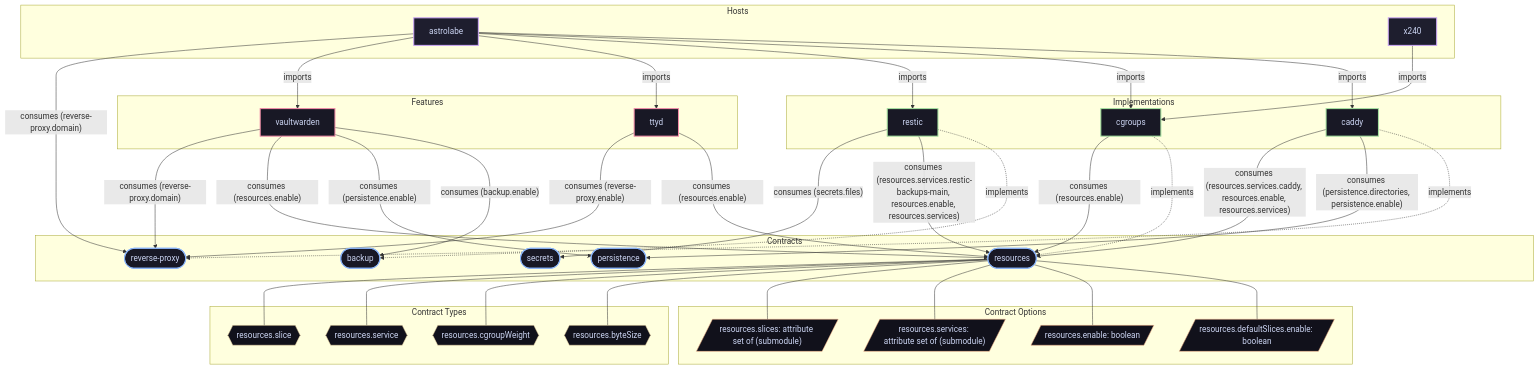
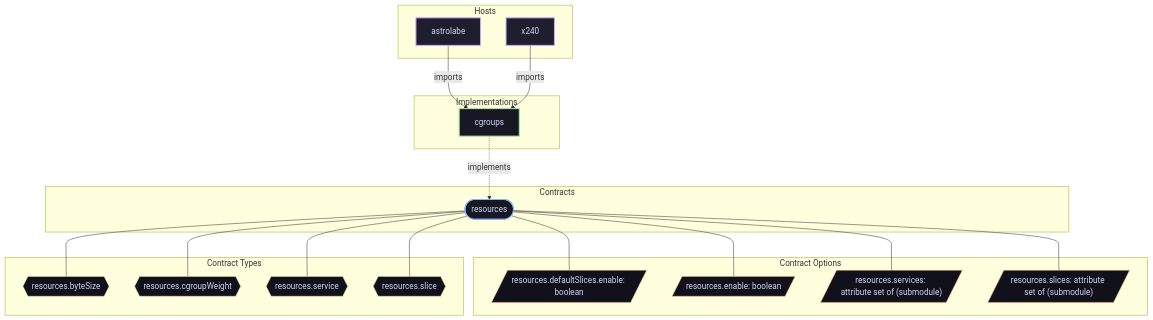
Before and after one commit to LW-54/nixconf: the diagram in docs/contracts/resources.md, drawn with Mermaid. The commit also changed other lines of this file and 87 other files, not shown here.

````diff
--- a/docs/contracts/resources.md
+++ b/docs/contracts/resources.md
@@ -15,83 +15,54 @@
 ```mermaid
 flowchart TD
     subgraph Hosts["Hosts"]
         host__astrolabe["astrolabe"]:::hostNode
         host__x240["x240"]:::hostNode
     end
 
     subgraph Contracts["Contracts"]
-        contract__backup(["backup"]):::contractNode
-        contract__persistence(["persistence"]):::contractNode
         contract__resources(["resources"]):::contractNode
-        contract__reverse_proxy(["reverse-proxy"]):::contractNode
-        contract__secrets(["secrets"]):::contractNode
     end
 
     subgraph Implementations["Implementations"]
-        impl__caddy["caddy"]:::implNode
         impl__cgroups["cgroups"]:::implNode
-        impl__restic["restic"]:::implNode
-    end
-
-    subgraph Features["Features"]
-        feature__ttyd["ttyd"]:::featureNode
-        feature__vaultwarden["vaultwarden"]:::featureNode
     end
 
     subgraph ContractOptions["Contract Options"]
         opt__resources_defaultSlices_enable[/"resources.defaultSlices.enable: boolean"/]:::optNode
         opt__resources_enable[/"resources.enable: boolean"/]:::optNode
         opt__resources_services[/"resources.services: attribute set of (submodule)"/]:::optNode
         opt__resources_slices[/"resources.slices: attribute set of (submodule)"/]:::optNode
     end
 
     subgraph ContractTypes["Contract Types"]
         type__resources_byteSize{{"resources.byteSize"}}:::typeNode
         type__resources_cgroupWeight{{"resources.cgroupWeight"}}:::typeNode
         type__resources_service{{"resources.service"}}:::typeNode
         type__resources_slice{{"resources.slice"}}:::typeNode
     end
 
 
-    host__astrolabe -->|"imports"| impl__caddy
     host__astrolabe -->|"imports"| impl__cgroups
-    host__astrolabe -->|"imports"| impl__restic
-    host__astrolabe -->|"imports"| feature__ttyd
-    host__astrolabe -->|"imports"| feature__vaultwarden
     host__x240 -->|"imports"| impl__cgroups
-    impl__caddy -.->|"implements"| contract__reverse_proxy
     impl__cgroups -.->|"implements"| contract__resources
-    impl__restic -.->|"implements"| contract__backup
-    host__astrolabe -->|"consumes (reverse-proxy.domain)"| contract__reverse_proxy
-    feature__ttyd -->|"consumes (resources.enable)"| contract__resources
-    feature__ttyd -->|"consumes (reverse-proxy.enable)"| contract__reverse_proxy
-    feature__vaultwarden -->|"consumes (backup.enable)"| contract__backup
-    feature__vaultwarden -->|"consumes (persistence.enable)"| contract__persistence
-    feature__vaultwarden -->|"consumes (resources.enable)"| contract__resources
-    feature__vaultwarden -->|"consumes (reverse-proxy.domain)"| contract__reverse_proxy
-    impl__caddy -->|"consumes (persistence.directories, persistence.enable)"| contract__persistence
-    impl__caddy -->|"consumes (resources.services.caddy, resources.enable, resources.services)"| contract__resources
-    impl__cgroups -->|"consumes (resources.enable)"| contract__resources
-    impl__restic -->|"consumes (resources.services.restic-backups-main, resources.enable, resources.services)"| contract__resources
-    impl__restic -->|"consumes (secrets.files)"| contract__secrets
     contract__resources --- opt__resources_defaultSlices_enable
     contract__resources --- opt__resources_enable
     contract__resources --- opt__resources_services
     contract__resources --- opt__resources_slices
     contract__resources --- type__resources_byteSize
     contract__resources --- type__resources_cgroupWeight
     contract__resources --- type__resources_service
     contract__resources --- type__resources_slice
 
 classDef hostNode fill:#1e1e2e,stroke:#cba6f7,stroke-width:2px,color:#cdd6f4;
 classDef contractNode fill:#181825,stroke:#89b4fa,stroke-width:2px,color:#cdd6f4;
 classDef implNode fill:#181825,stroke:#a6e3a1,stroke-width:2px,color:#cdd6f4;
 classDef featureNode fill:#181825,stroke:#f38ba8,stroke-width:2px,color:#cdd6f4;
 classDef libNode fill:#181825,stroke:#94e2d5,stroke-width:2px,color:#cdd6f4;
 classDef optNode fill:#11111b,stroke:#fab387,stroke-width:1px,color:#cdd6f4;
 classDef typeNode fill:#11111b,stroke:#f9e2af,stroke-width:1px,color:#cdd6f4;
 classDef fnNode fill:#181825,stroke:#94e2d5,stroke-width:1px,color:#cdd6f4;
 classDef pkgNode fill:#181825,stroke:#b4befe,stroke-width:1px,color:#cdd6f4;
 classDef shellNode fill:#181825,stroke:#f5c2e7,stroke-width:1px,color:#cdd6f4;
 
 ```
````
